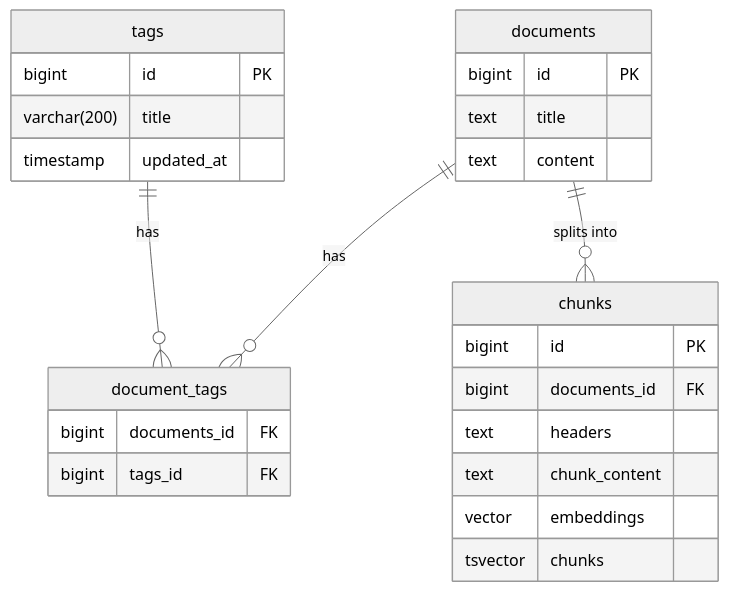
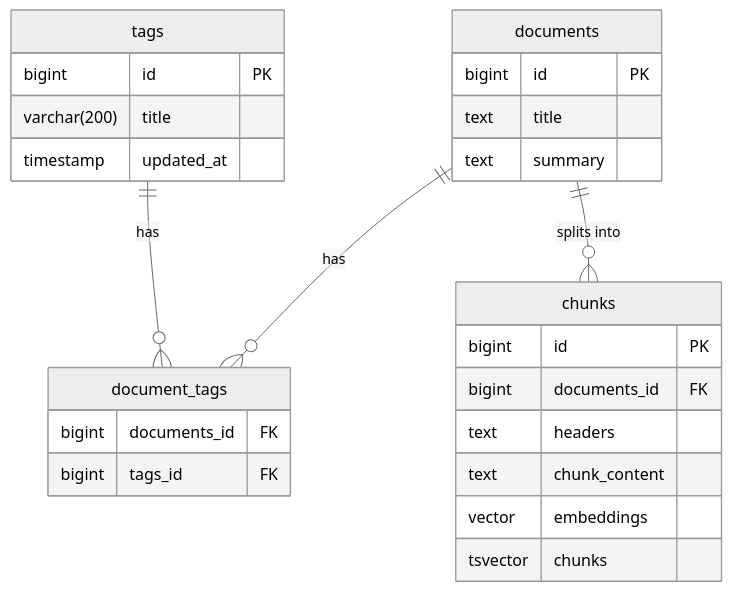
The diagram in docs/mld.mmd (ThomasLucking/RAG-Laravel), drawn with Mermaid (neutral theme) before and after one commit.

Commit message:
chore(mld): updated 1 word

```diff
--- a/docs/mld.mmd
+++ b/docs/mld.mmd
@@ -1,34 +1,34 @@
 erDiagram
     %% the documents table is to store the original documents
     documents {
         bigint id PK
         text title
-        text content
+        text summary
     }
     %% then the table has a many to many relationship so we need a join table to store the relationships between documents and tags
     tags {
         bigint id PK
         varchar(200) title
         timestamp updated_at
     }
 
     document_tags {
         bigint documents_id FK
         bigint tags_id FK
     }
 
     %% then there's a table to store the chunks of the documents, 
     %% when we transform the raw data into embeddings, we will store the embeddings in this table as well
     %% when we transform the raw data into tsvector, we will store the tsvector in this table as well
     chunks {
         bigint id PK
         bigint documents_id FK
         text headers
         text chunk_content
         vector embeddings
         tsvector chunks
     }
 
     documents ||--o{ document_tags : "has"
     tags ||--o{ document_tags : "has"
     documents ||--o{ chunks : "splits into"
```
